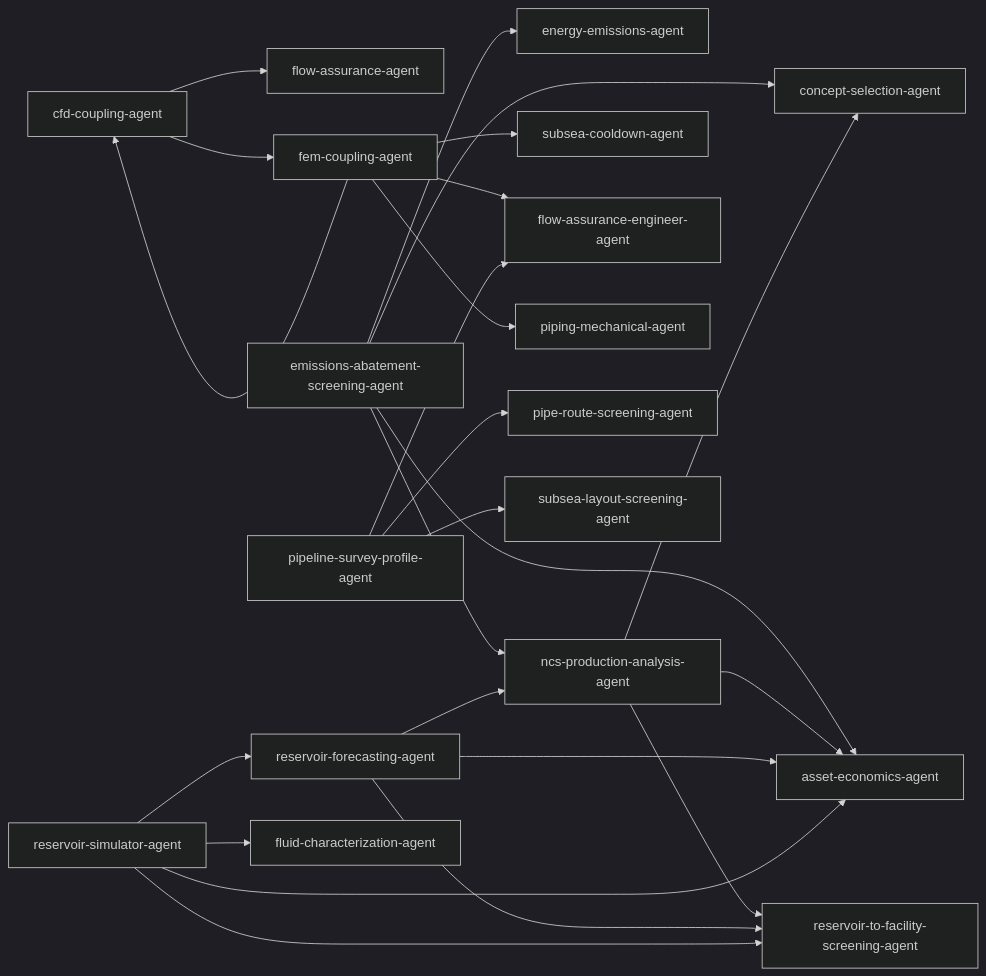
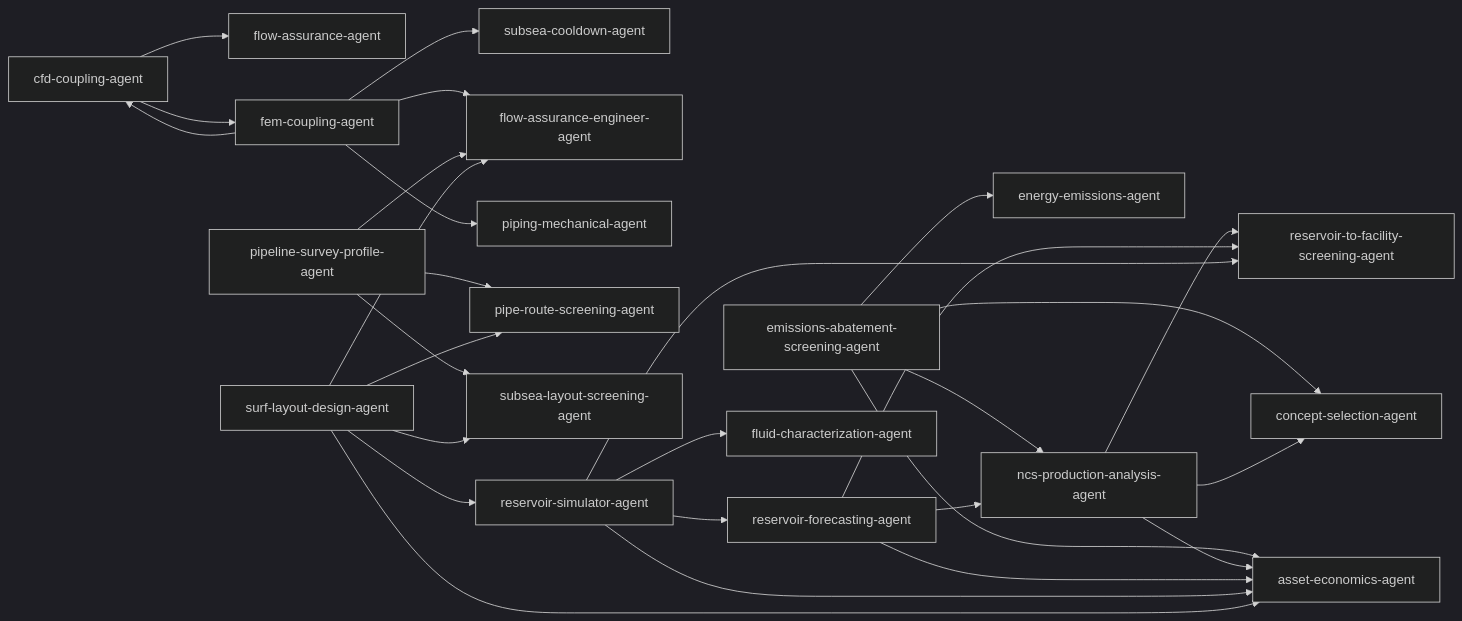
One commit to equinor/neqsim-community-agents changed the diagram in docs/ORCHESTRATION_MAP.md. Above: the diagram before and after it, drawn with Mermaid (dark theme). The commit also changed other lines of this file and 8 other files, not shown here.

````diff
--- a/docs/ORCHESTRATION_MAP.md
+++ b/docs/ORCHESTRATION_MAP.md
@@ -59,26 +60,31 @@
 ```mermaid
 graph LR
     cfd_coupling_agent["cfd-coupling-agent"] --> flow_assurance_agent["flow-assurance-agent"]
     cfd_coupling_agent["cfd-coupling-agent"] --> fem_coupling_agent["fem-coupling-agent"]
     emissions_abatement_screening_agent["emissions-abatement-screening-agent"] --> energy_emissions_agent["energy-emissions-agent"]
     emissions_abatement_screening_agent["emissions-abatement-screening-agent"] --> ncs_production_analysis_agent["ncs-production-analysis-agent"]
     emissions_abatement_screening_agent["emissions-abatement-screening-agent"] --> concept_selection_agent["concept-selection-agent"]
     emissions_abatement_screening_agent["emissions-abatement-screening-agent"] --> asset_economics_agent["asset-economics-agent"]
     fem_coupling_agent["fem-coupling-agent"] --> cfd_coupling_agent["cfd-coupling-agent"]
     fem_coupling_agent["fem-coupling-agent"] --> subsea_cooldown_agent["subsea-cooldown-agent"]
     fem_coupling_agent["fem-coupling-agent"] --> flow_assurance_engineer_agent["flow-assurance-engineer-agent"]
     fem_coupling_agent["fem-coupling-agent"] --> piping_mechanical_agent["piping-mechanical-agent"]
     ncs_production_analysis_agent["ncs-production-analysis-agent"] --> reservoir_to_facility_screening_agent["reservoir-to-facility-screening-agent"]
     ncs_production_analysis_agent["ncs-production-analysis-agent"] --> concept_selection_agent["concept-selection-agent"]
     ncs_production_analysis_agent["ncs-production-analysis-agent"] --> asset_economics_agent["asset-economics-agent"]
     pipeline_survey_profile_agent["pipeline-survey-profile-agent"] --> pipe_route_screening_agent["pipe-route-screening-agent"]
     pipeline_survey_profile_agent["pipeline-survey-profile-agent"] --> subsea_layout_screening_agent["subsea-layout-screening-agent"]
     pipeline_survey_profile_agent["pipeline-survey-profile-agent"] --> flow_assurance_engineer_agent["flow-assurance-engineer-agent"]
     reservoir_forecasting_agent["reservoir-forecasting-agent"] --> ncs_production_analysis_agent["ncs-production-analysis-agent"]
     reservoir_forecasting_agent["reservoir-forecasting-agent"] --> reservoir_to_facility_screening_agent["reservoir-to-facility-screening-agent"]
     reservoir_forecasting_agent["reservoir-forecasting-agent"] --> asset_economics_agent["asset-economics-agent"]
     reservoir_simulator_agent["reservoir-simulator-agent"] --> reservoir_forecasting_agent["reservoir-forecasting-agent"]
     reservoir_simulator_agent["reservoir-simulator-agent"] --> reservoir_to_facility_screening_agent["reservoir-to-facility-screening-agent"]
     reservoir_simulator_agent["reservoir-simulator-agent"] --> fluid_characterization_agent["fluid-characterization-agent"]
     reservoir_simulator_agent["reservoir-simulator-agent"] --> asset_economics_agent["asset-economics-agent"]
+    surf_layout_design_agent["surf-layout-design-agent"] --> reservoir_simulator_agent["reservoir-simulator-agent"]
+    surf_layout_design_agent["surf-layout-design-agent"] --> subsea_layout_screening_agent["subsea-layout-screening-agent"]
+    surf_layout_design_agent["surf-layout-design-agent"] --> pipe_route_screening_agent["pipe-route-screening-agent"]
+    surf_layout_design_agent["surf-layout-design-agent"] --> flow_assurance_engineer_agent["flow-assurance-engineer-agent"]
+    surf_layout_design_agent["surf-layout-design-agent"] --> asset_economics_agent["asset-economics-agent"]
 ```
````
